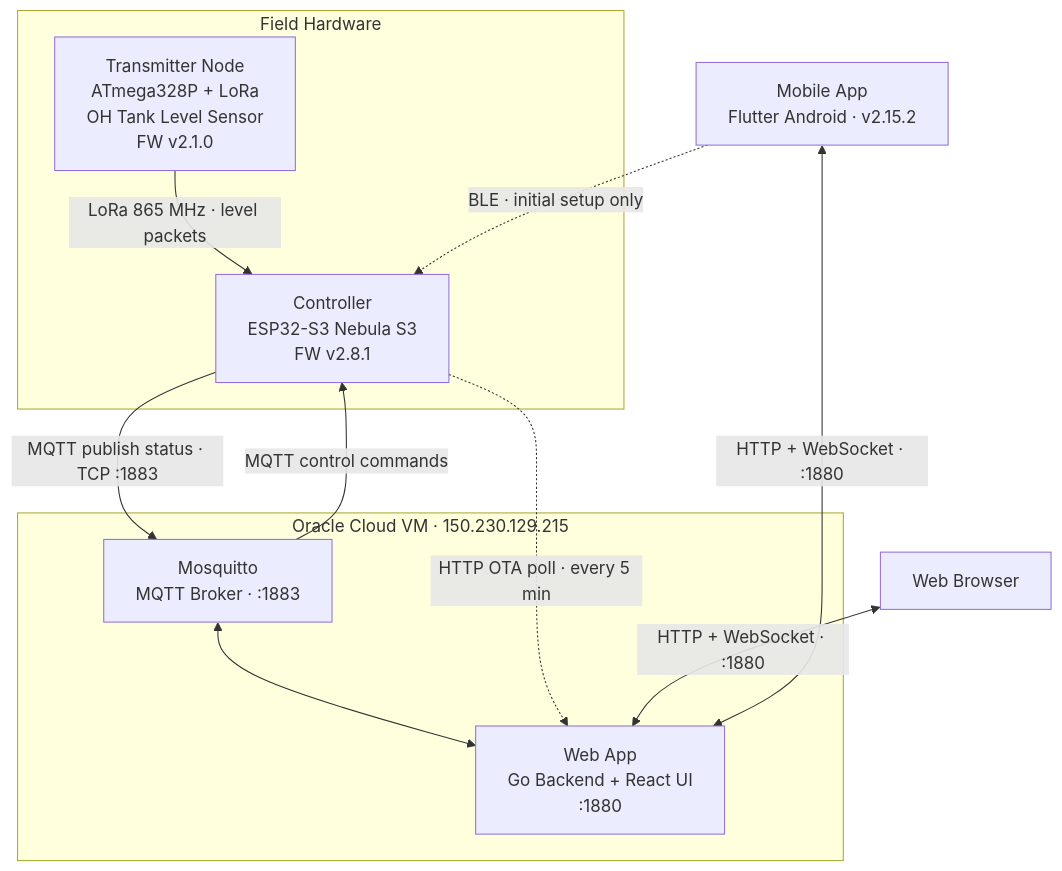
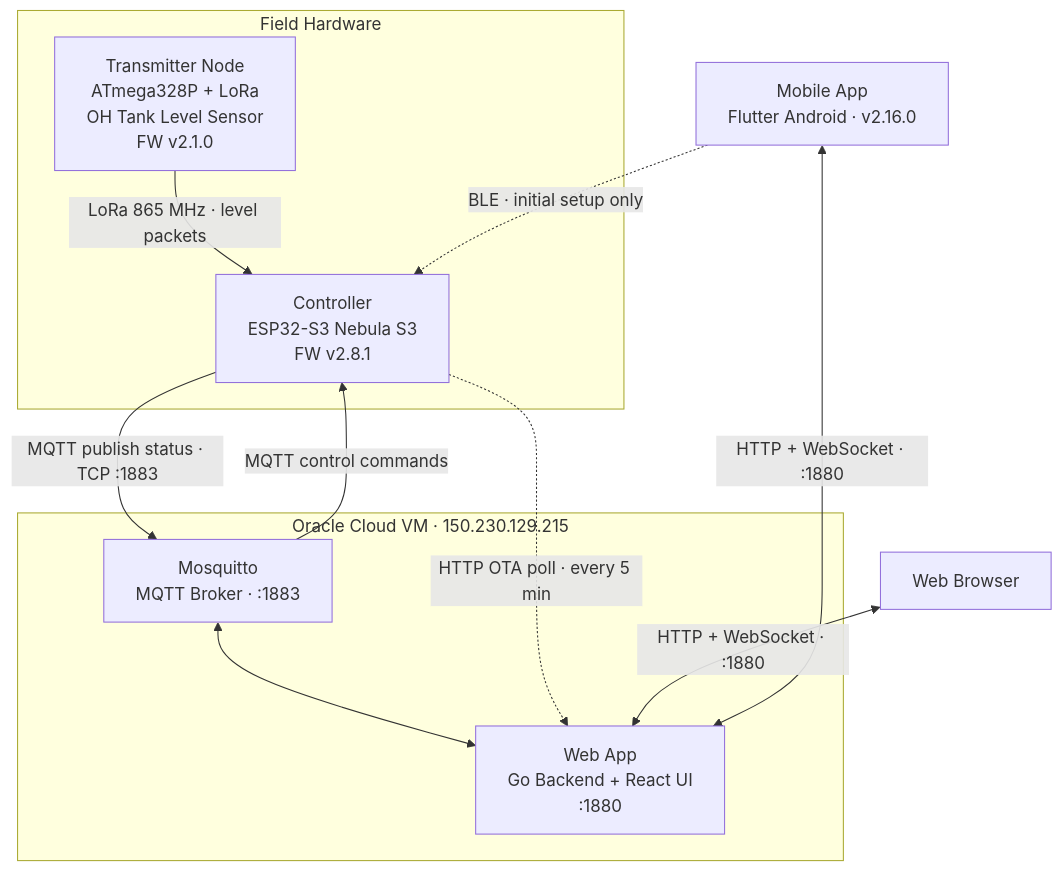
The first of 2 diagrams in README.md (nperiannan/TankMonitor), drawn with Mermaid before and after one commit. The commit also changed other lines of this file and 5 other files, not shown here.

Commit message:
app 2.16.0: add Flow, Clean and Console dashboard designs

````diff
--- a/README.md
+++ b/README.md
@@ -9,25 +9,25 @@
 ```mermaid
 flowchart TD
     subgraph Field["Field Hardware"]
         TX["Transmitter Node\nATmega328P + LoRa\nOH Tank Level Sensor\nFW v2.1.0"]
         CTRL["Controller\nESP32-S3 Nebula S3\nFW v2.8.1"]
         TX -- "LoRa 865 MHz · level packets" --> CTRL
     end
 
     subgraph Server["Oracle Cloud VM · 150.230.129.215"]
         MQ["Mosquitto\nMQTT Broker · :1883"]
         WEB["Web App\nGo Backend + React UI\n:1880"]
         MQ <--> WEB
     end
 
     CTRL -- "MQTT publish status · TCP :1883" --> MQ
     MQ -- "MQTT control commands" --> CTRL
     CTRL -. "HTTP OTA poll · every 5 min" .-> WEB
 
     BROWSER["Web Browser"]
-    APP["Mobile App\nFlutter Android · v2.15.2"]
+    APP["Mobile App\nFlutter Android · v2.16.0"]
 
     BROWSER <-- "HTTP + WebSocket · :1880" --> WEB
     APP <-- "HTTP + WebSocket · :1880" --> WEB
     APP -. "BLE · initial setup only" .-> CTRL
 ```
````
